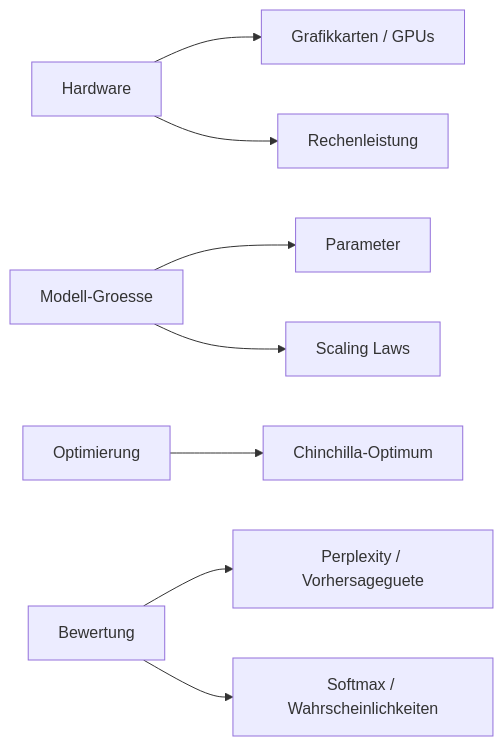
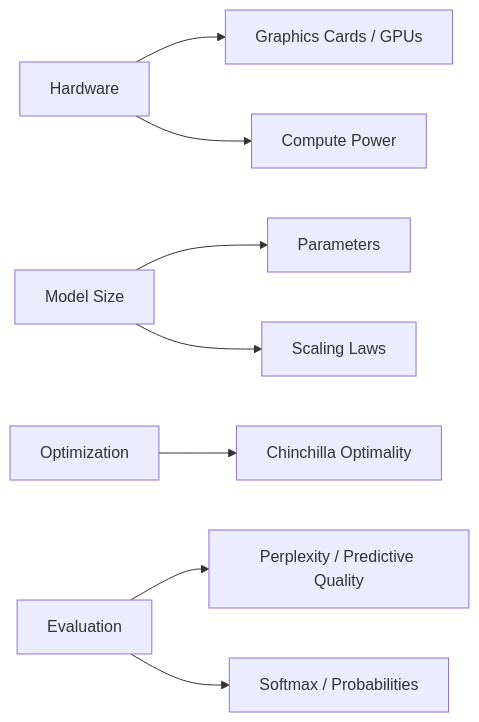
One commit to roger-infanger-weibel/ghostwriter.ai changed the eighth of 19 diagrams in glossary/rendered/AI-Glossary.md. Above: the diagram before and after it, drawn with Mermaid. The commit also changed other lines of this file and 24 other files, not shown here.

````diff
--- a/glossary/rendered/AI-Glossary.md
+++ b/glossary/rendered/AI-Glossary.md
@@ -258,13 +258,13 @@
 ```mermaid
 graph LR
-    HW[Hardware] --> GPU[Grafikkarten / GPUs]
-    HW --> Compute[Rechenleistung]
-    
-    Model[Modell-Groesse] --> Param[Parameter]
+    HW[Hardware] --> GPU[Graphics Cards / GPUs]
+    HW --> Compute[Compute Power]
+
+    Model[Model Size] --> Param[Parameters]
     Model --> Scaling[Scaling Laws]
-    
-    Opt[Optimierung] --> Chin[Chinchilla-Optimum]
-    
-    Eval[Bewertung] --> Perp[Perplexity / Vorhersageguete]
-    Eval --> Soft[Softmax / Wahrscheinlichkeiten]
+
+    Opt[Optimization] --> Chin[Chinchilla Optimality]
+
+    Eval[Evaluation] --> Perp[Perplexity / Predictive Quality]
+    Eval --> Soft[Softmax / Probabilities]
 ```
````
